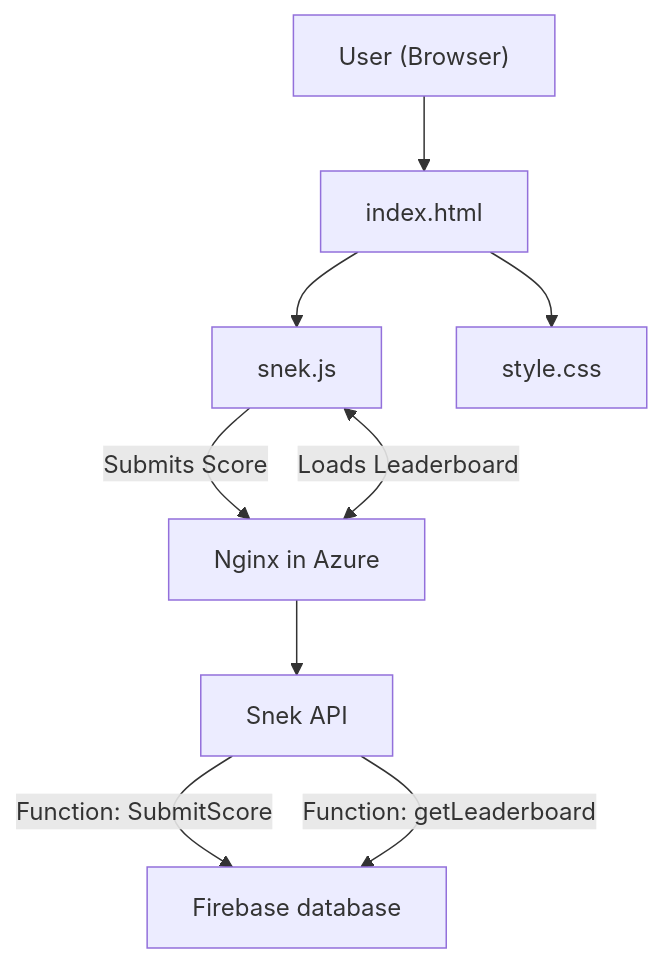
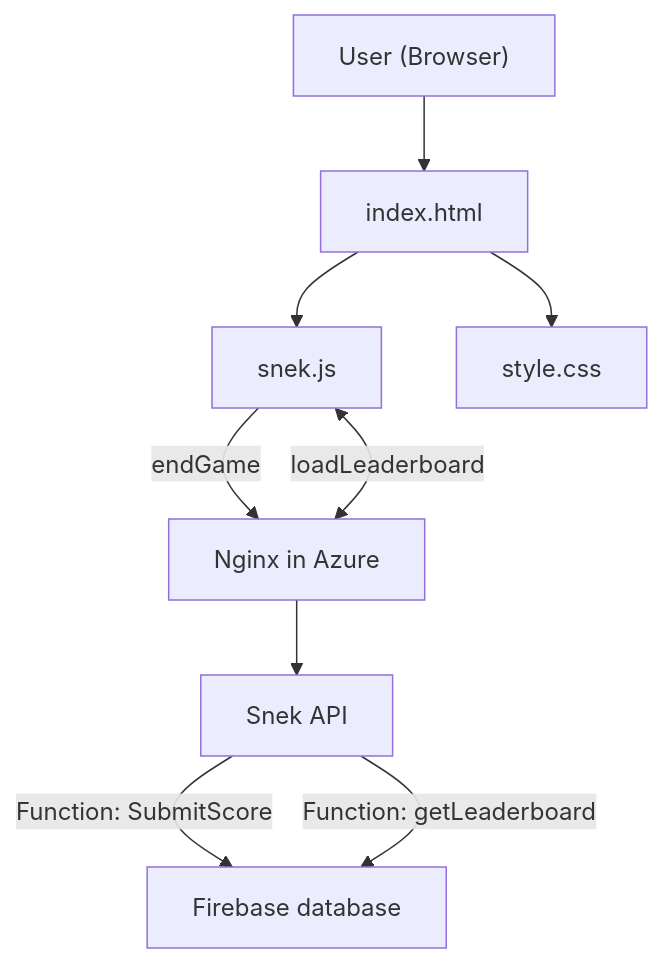
The diagram in README.md (RBBSec/rbbsec-website), drawn with Mermaid before and after one commit.

````diff
--- a/README.md
+++ b/README.md
@@ -3,11 +3,11 @@
 ```mermaid 
 graph TD 
     A["User (Browser)"] --> B["index.html"]
     B --> C["snek.js"]
     B --> D["style.css"]
-    C -->|Submits Score| F["Nginx in Azure"]
-    C <-->|Loads Leaderboard| F["Nginx in Azure"] 
+    C -->|endGame| F["Nginx in Azure"]
+    C <-->|loadLeaderboard| F["Nginx in Azure"] 
     F --> E["Snek API"]
     E --> |Function: SubmitScore| G["Firebase database"] 
     E --> |Function: getLeaderboard| G    
 ```
````
